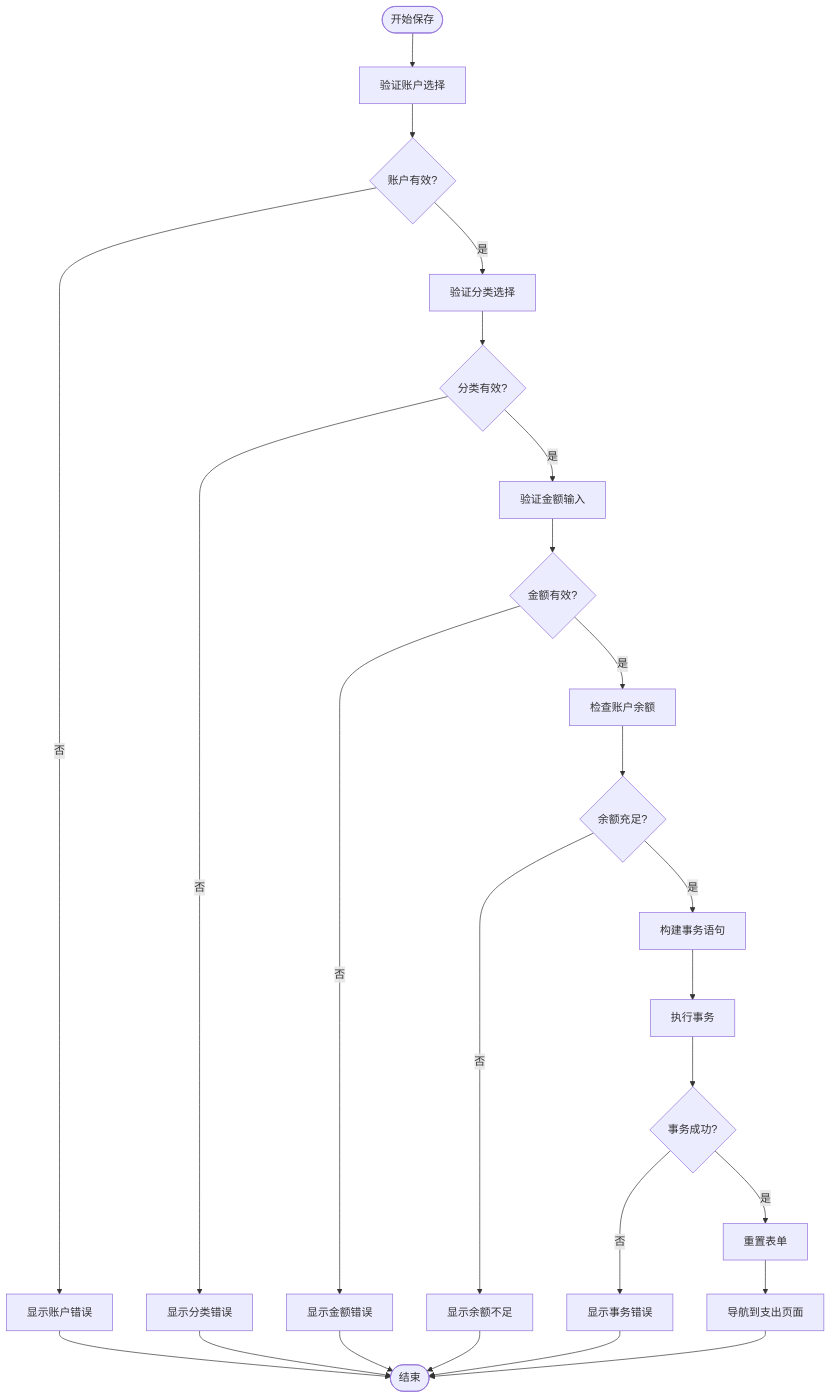
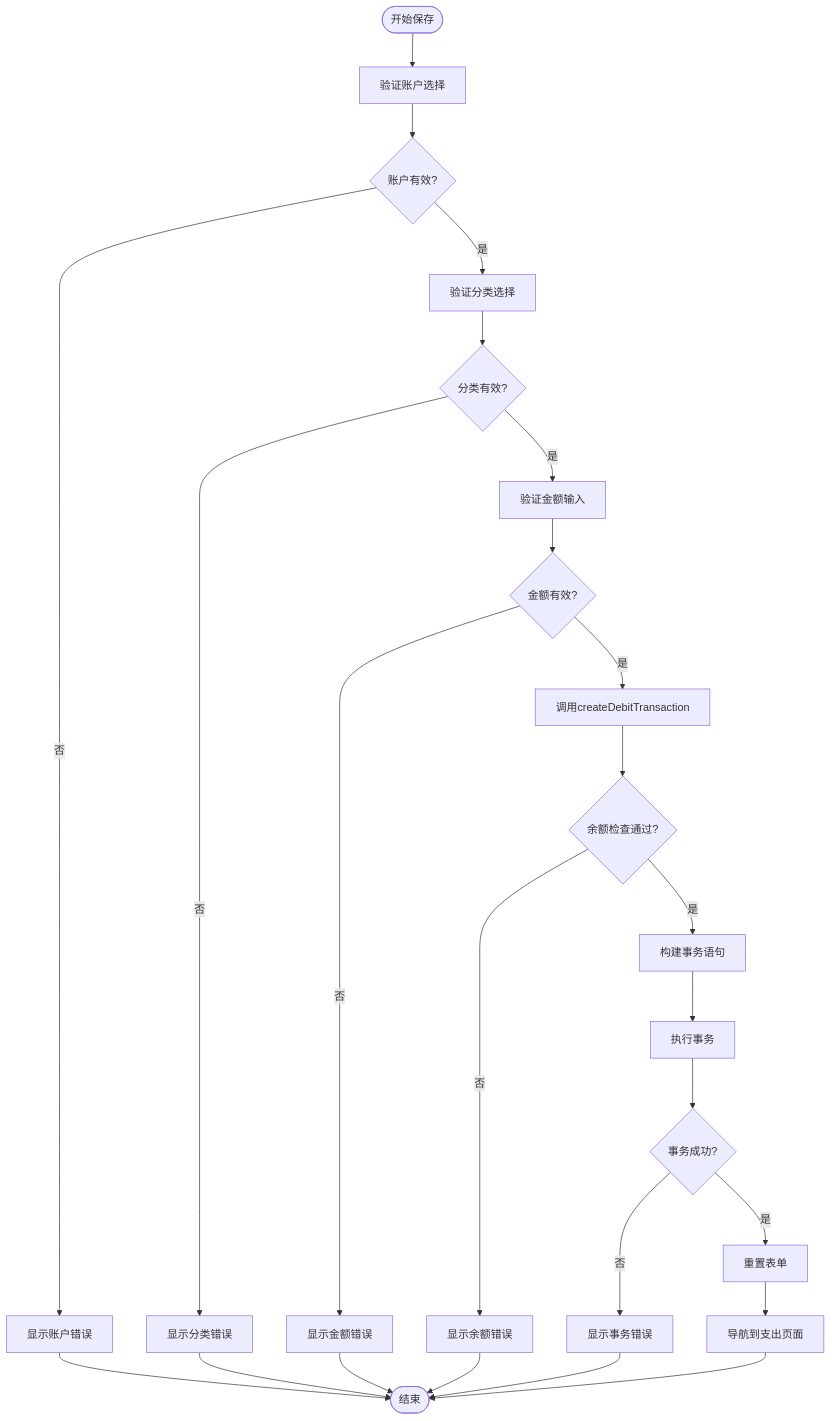
One commit to xiao-lin-unit/yuan changed the fifth of 11 diagrams in .qoder/repowiki/zh/content/支出管理/支出记录管理.md. Above: the diagram before and after it, drawn with Mermaid. The commit also changed other lines of this file and 9 other files, not shown here.

````diff
--- a/.qoder/repowiki/zh/content/支出管理/支出记录管理.md
+++ b/.qoder/repowiki/zh/content/支出管理/支出记录管理.md
@@ -216,27 +281,27 @@
 ```mermaid
 flowchart TD
 Start([开始保存]) --> ValidateAccount["验证账户选择"]
 ValidateAccount --> AccountValid{"账户有效?"}
 AccountValid --> |否| ShowAccountError["显示账户错误"]
 ShowAccountError --> End([结束])
 AccountValid --> |是| ValidateCategory["验证分类选择"]
 ValidateCategory --> CategoryValid{"分类有效?"}
 CategoryValid --> |否| ShowCategoryError["显示分类错误"]
 ShowCategoryError --> End
 CategoryValid --> |是| ValidateAmount["验证金额输入"]
 ValidateAmount --> AmountValid{"金额有效?"}
 AmountValid --> |否| ShowAmountError["显示金额错误"]
 ShowAmountError --> End
-AmountValid --> |是| CheckBalance["检查账户余额"]
-CheckBalance --> BalanceValid{"余额充足?"}
-BalanceValid --> |否| ShowBalanceError["显示余额不足"]
+AmountValid --> |是| CheckBalance["调用createDebitTransaction"]
+CheckBalance --> BalanceValid{"余额检查通过?"}
+BalanceValid --> |否| ShowBalanceError["显示余额错误"]
 ShowBalanceError --> End
 BalanceValid --> |是| BuildTransaction["构建事务语句"]
 BuildTransaction --> ExecuteTransaction["执行事务"]
 ExecuteTransaction --> TransactionSuccess{"事务成功?"}
 TransactionSuccess --> |否| ShowTransactionError["显示事务错误"]
 ShowTransactionError --> End
 TransactionSuccess --> |是| ResetForm["重置表单"]
 ResetForm --> Navigate["导航到支出页面"]
 Navigate --> End
 ```
````
